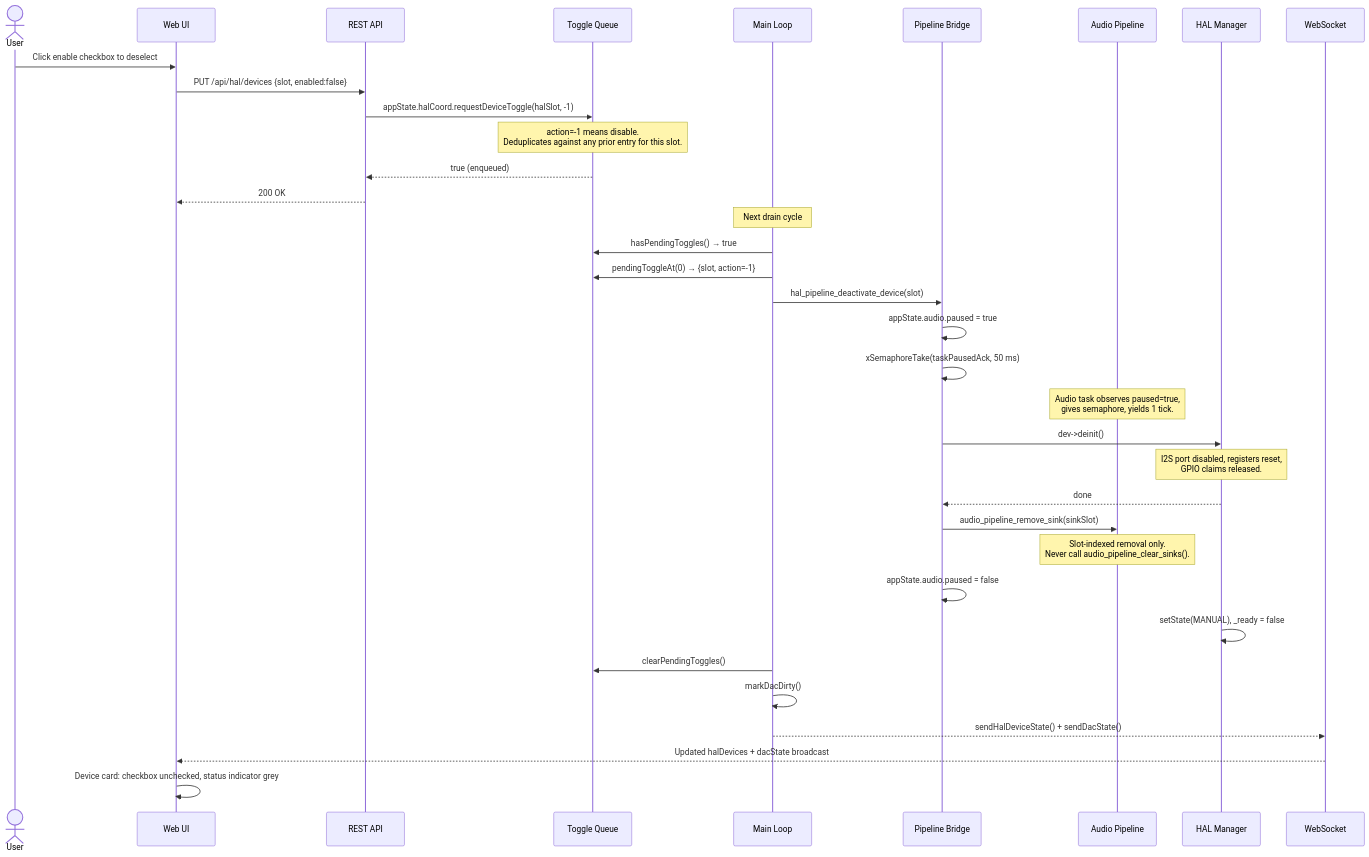
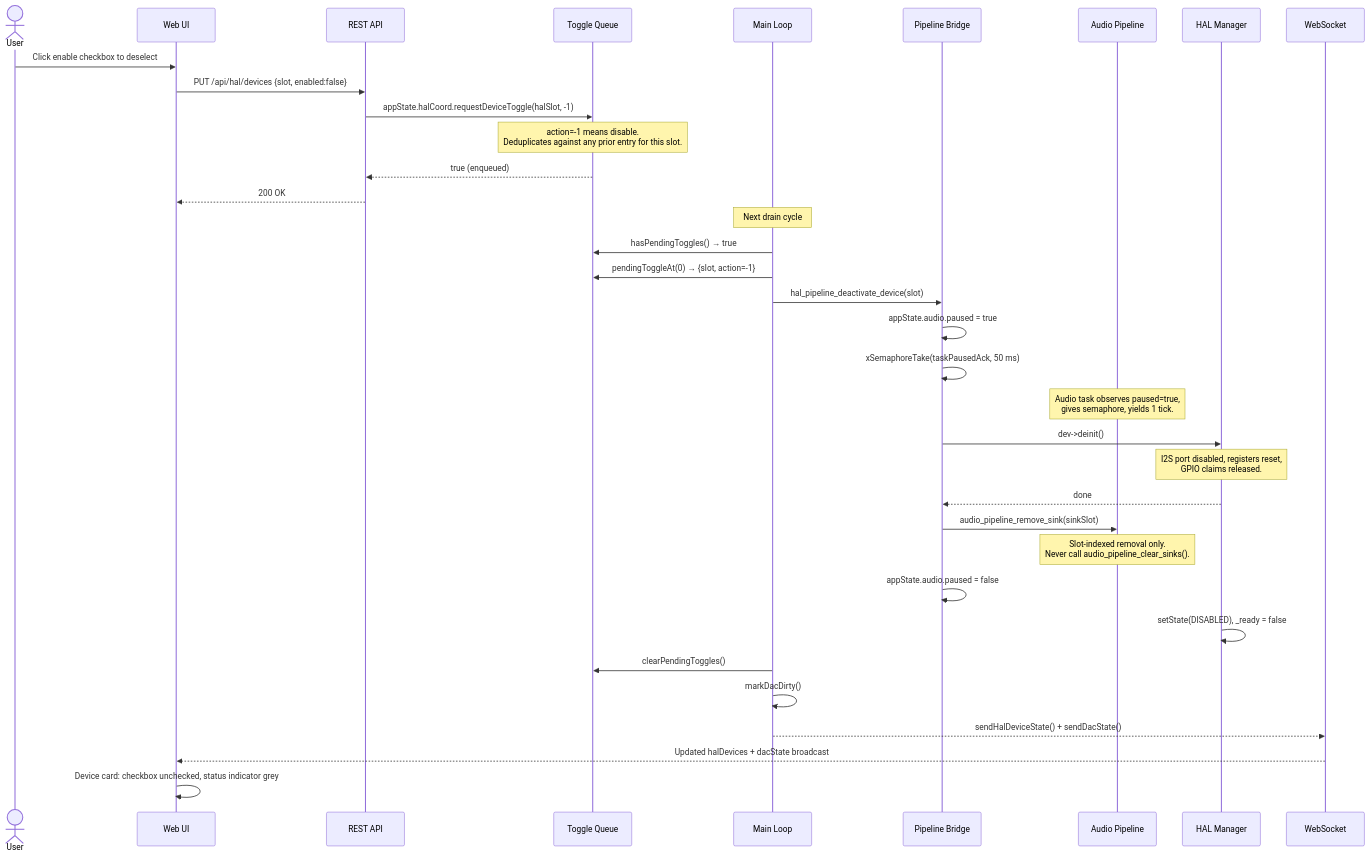
One commit to Schmackos/ALX_Nova_Controller_2 changed the second of 3 diagrams in docs-site/docs/developer/user-flows/device-toggle.md. Above: the diagram before and after it, drawn with Mermaid. The commit also changed other lines of this file and 18 other files, not shown here.

First line of the commit message:
refactor: rename HAL_STATE_MANUAL to HAL_STATE_DISABLED for clarity

````diff
--- a/docs-site/docs/developer/user-flows/device-toggle.md
+++ b/docs-site/docs/developer/user-flows/device-toggle.md
@@ -70,44 +70,44 @@
 ```mermaid
 sequenceDiagram
     actor User
     participant WebUI as Web UI
     participant REST as REST API
     participant Queue as Toggle Queue
     participant MainLoop as Main Loop
     participant Bridge as Pipeline Bridge
     participant Pipeline as Audio Pipeline
     participant HAL as HAL Manager
     participant WS as WebSocket
 
     User->>WebUI: Click enable checkbox to deselect
     WebUI->>REST: PUT /api/hal/devices {slot, enabled:false}
 
     REST->>Queue: appState.halCoord.requestDeviceToggle(halSlot, -1)
     Note over Queue: action=-1 means disable.<br/>Deduplicates against any prior entry for this slot.
     Queue-->>REST: true (enqueued)
     REST-->>WebUI: 200 OK
 
     Note over MainLoop: Next drain cycle
     MainLoop->>Queue: hasPendingToggles() → true
     MainLoop->>Queue: pendingToggleAt(0) → {slot, action=-1}
 
     MainLoop->>Bridge: hal_pipeline_deactivate_device(slot)
     Bridge->>Bridge: appState.audio.paused = true
     Bridge->>Bridge: xSemaphoreTake(taskPausedAck, 50 ms)
     Note over Pipeline: Audio task observes paused=true,<br/>gives semaphore, yields 1 tick.
 
     Bridge->>HAL: dev->deinit()
     Note over HAL: I2S port disabled, registers reset,<br/>GPIO claims released.
     HAL-->>Bridge: done
 
     Bridge->>Pipeline: audio_pipeline_remove_sink(sinkSlot)
     Note over Pipeline: Slot-indexed removal only.<br/>Never call audio_pipeline_clear_sinks().
     Bridge->>Bridge: appState.audio.paused = false
 
-    HAL->>HAL: setState(MANUAL), _ready = false
+    HAL->>HAL: setState(DISABLED), _ready = false
     MainLoop->>Queue: clearPendingToggles()
     MainLoop->>MainLoop: markDacDirty()
     MainLoop-->>WS: sendHalDeviceState() + sendDacState()
     WS-->>WebUI: Updated halDevices + dacState broadcast
     WebUI->>WebUI: Device card: checkbox unchecked, status indicator grey
 ```
````
